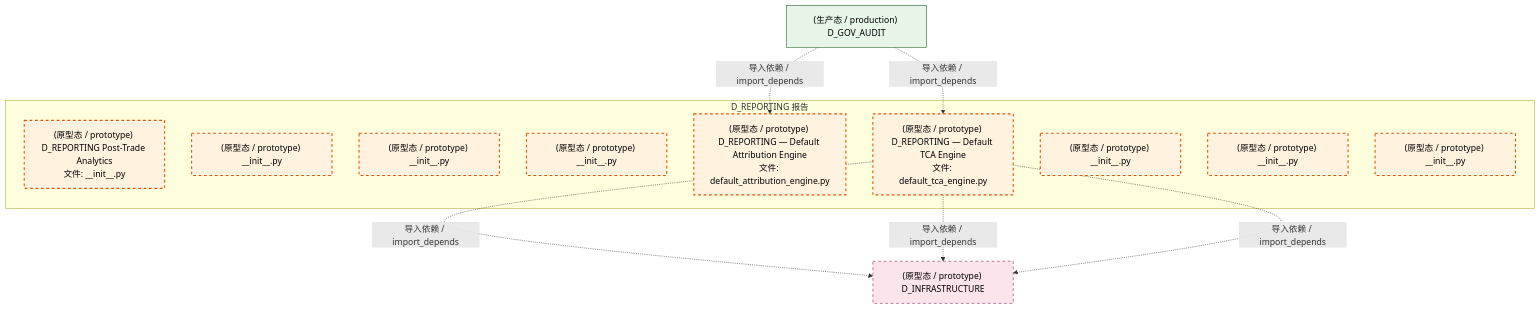
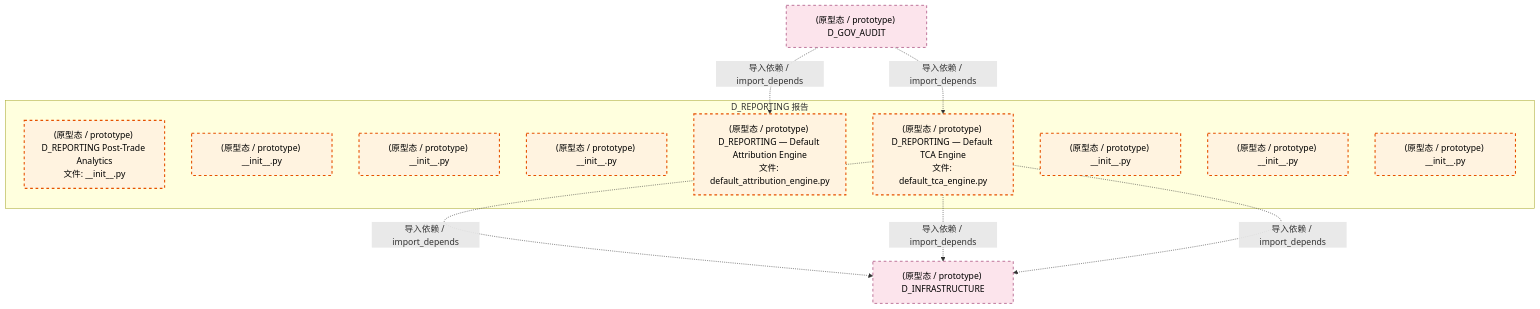
The third of 4 diagrams in docs/02_enterprise_architecture/02_domain_architecture_docs/21_d_reporting.md (xuanFelixVan/ZephyrAlpha), drawn with Mermaid before and after one commit. The commit also changed other lines of this file and 112 other files, not shown here.

````diff
--- a/docs/02_enterprise_architecture/02_domain_architecture_docs/21_d_reporting.md
+++ b/docs/02_enterprise_architecture/02_domain_architecture_docs/21_d_reporting.md
@@ -145,28 +144,27 @@
 ```mermaid
 graph TD
     subgraph D_REPORTING["D_REPORTING 报告"]
         src_zephyr_reporting_init_py["(原型态 / prototype) D_REPORTING Post-Trade Analytics<br/>文件: __init__.py"]
         src_zephyr_reporting_extensions_init_py["(原型态 / prototype) __init__.py"]
         src_zephyr_reporting_api_init_py["(原型态 / prototype) __init__.py"]
         src_zephyr_reporting_core_init_py["(原型态 / prototype) __init__.py"]
         src_zephyr_reporting_default_attribution_engine_py["(原型态 / prototype) D_REPORTING — Default Attribution Engine<br/>文件: default_attribution_engine.py"]
         src_zephyr_reporting_default_tca_engine_py["(原型态 / prototype) D_REPORTING — Default TCA Engine<br/>文件: default_tca_engine.py"]
         src_zephyr_reporting_infrastructure_init_py["(原型态 / prototype) __init__.py"]
         src_zephyr_reporting_models_init_py["(原型态 / prototype) __init__.py"]
         src_zephyr_reporting_services_init_py["(原型态 / prototype) __init__.py"]
     end
     D_INFRASTRUCTURE["(原型态 / prototype) D_INFRASTRUCTURE"]
     src_zephyr_reporting_default_tca_engine_py -.->|导入依赖 / import_depends| D_INFRASTRUCTURE
     src_zephyr_reporting_default_tca_engine_py -.->|导入依赖 / import_depends| D_INFRASTRUCTURE
     src_zephyr_reporting_default_tca_engine_py -.->|导入依赖 / import_depends| D_INFRASTRUCTURE
-    D_GOV_AUDIT["(生产态 / production) D_GOV_AUDIT"]
+    D_GOV_AUDIT["(原型态 / prototype) D_GOV_AUDIT"]
+    D_GOV_AUDIT -.->|导入依赖 / import_depends| src_zephyr_reporting_default_attribution_engine_py
     D_GOV_AUDIT -.->|导入依赖 / import_depends| src_zephyr_reporting_default_tca_engine_py
-    D_GOV_AUDIT -.->|导入依赖 / import_depends| src_zephyr_reporting_default_attribution_engine_py
     classDef production fill:#e1f5fe,stroke:#01579b,stroke-width:2px,color:#000
     classDef design fill:#fff3e0,stroke:#e65100,stroke-width:2px,color:#000,stroke-dasharray: 5 5
     classDef external_prod fill:#e8f5e9,stroke:#1b5e20,stroke-width:1px,color:#000
     classDef external_design fill:#fce4ec,stroke:#880e4f,stroke-width:1px,color:#000,stroke-dasharray: 5 5
     class src_zephyr_reporting_init_py,src_zephyr_reporting_extensions_init_py,src_zephyr_reporting_api_init_py,src_zephyr_reporting_core_init_py,src_zephyr_reporting_default_attribution_engine_py,src_zephyr_reporting_default_tca_engine_py,src_zephyr_reporting_infrastructure_init_py,src_zephyr_reporting_models_init_py,src_zephyr_reporting_services_init_py design
-    class D_GOV_AUDIT external_prod
-    class D_INFRASTRUCTURE external_design
+    class D_INFRASTRUCTURE,D_GOV_AUDIT external_design
 ```
````
